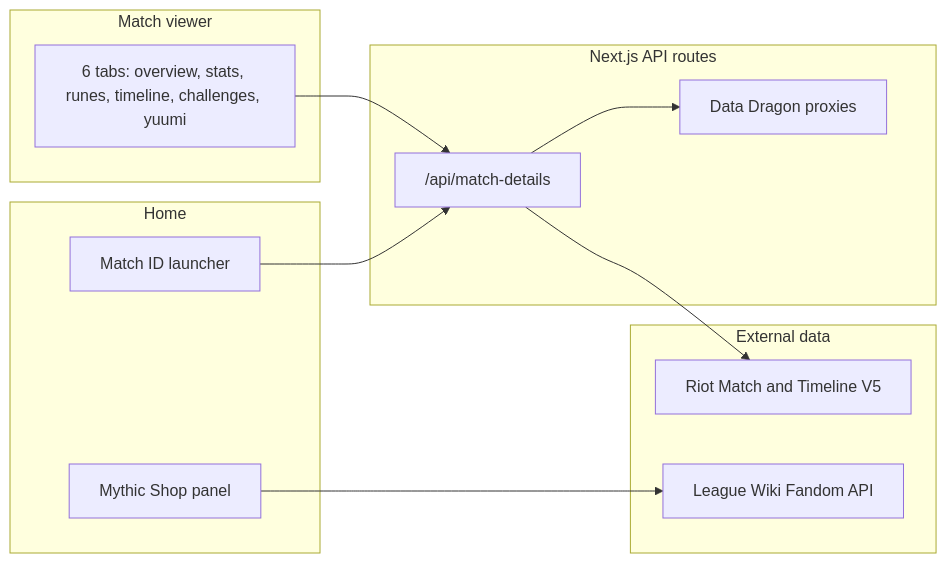
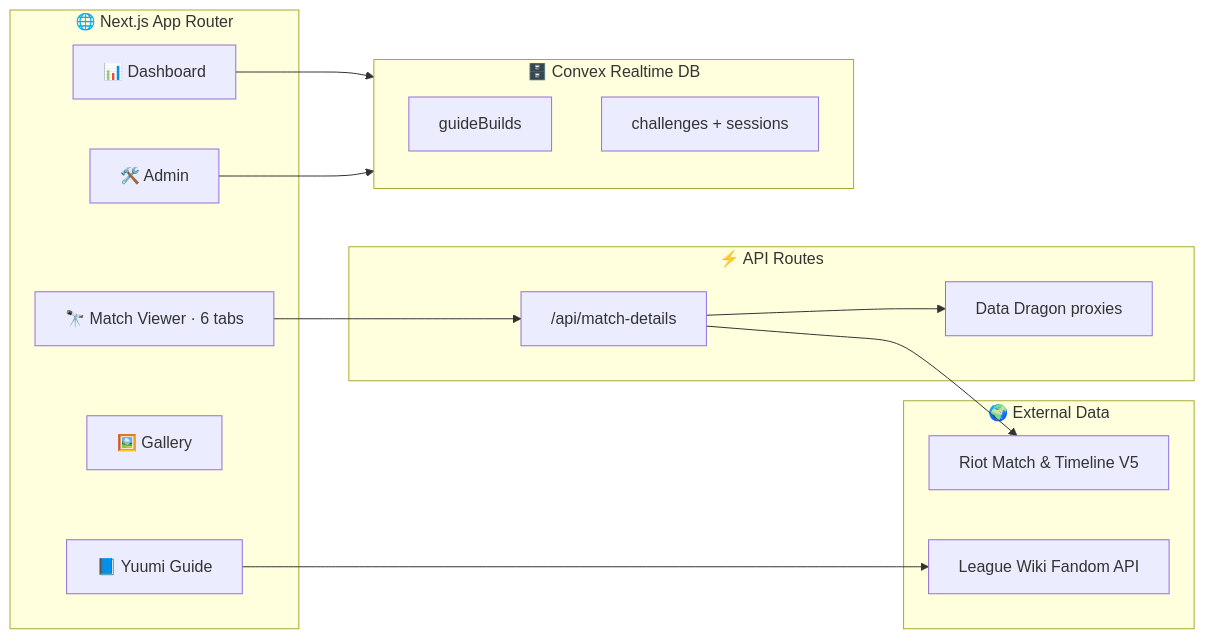
Before and after one commit to MercyMeow/YuumiChallenges: the diagram in README.md, drawn with Mermaid. The commit also changed other lines of this file, not shown here.

````diff
--- a/README.md
+++ b/README.md
@@ -30,23 +99,28 @@
 ```mermaid
 flowchart LR
-  subgraph landing [Home]
-    MatchLauncher[Match ID launcher]
-    MythicPanel[Mythic Shop panel]
+  subgraph Client [🌐 Next.js App Router]
+    Guide[📘 Yuumi Guide]
+    Viewer["🔭 Match Viewer · 6 tabs"]
+    Dash[📊 Dashboard]
+    Gallery[🖼️ Gallery]
+    Admin[🛠️ Admin]
   end
-  subgraph viewer [Match viewer]
-    Tabs["6 tabs: overview, stats, runes, timeline, challenges, yuumi"]
-  end
-  subgraph api [Next.js API routes]
+  subgraph API [⚡ API Routes]
     MatchAPI["/api/match-details"]
     DDProxy[Data Dragon proxies]
   end
-  subgraph external [External data]
-    Riot[Riot Match and Timeline V5]
+  subgraph Backend [🗄️ Convex Realtime DB]
+    Builds[guideBuilds]
+    Challenges[challenges + sessions]
+  end
+  subgraph External [🌍 External Data]
+    Riot[Riot Match & Timeline V5]
     Wiki[League Wiki Fandom API]
   end
-  MatchLauncher --> MatchAPI
-  Tabs --> MatchAPI
-  MatchAPI --> Riot
+
+  Viewer --> MatchAPI --> Riot
   MatchAPI --> DDProxy
-  MythicPanel --> Wiki
+  Guide --> Wiki
+  Dash --> Backend
+  Admin --> Backend
 ```
````
